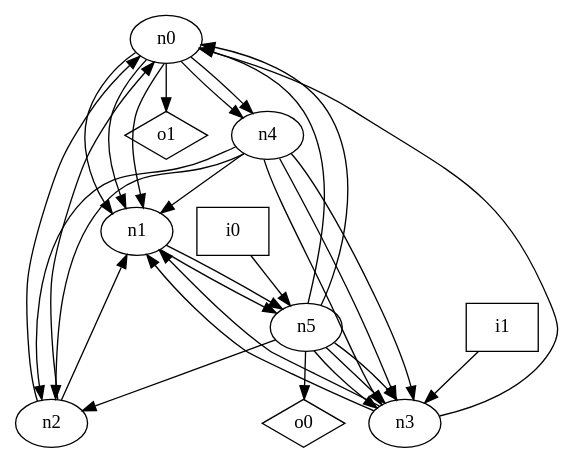
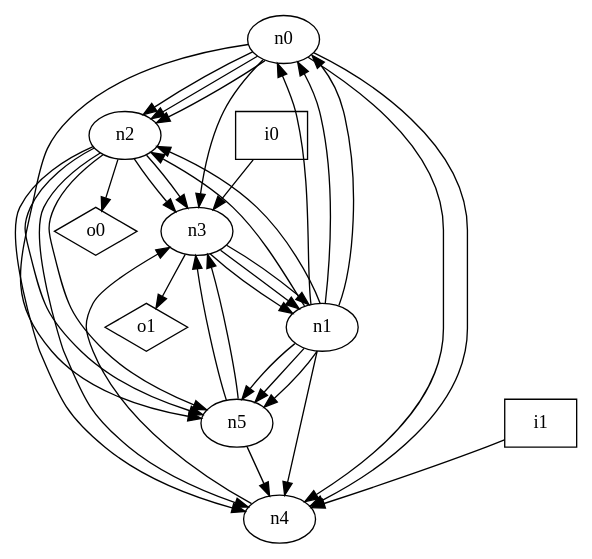
Before and after one commit to p9romain/bool-circuits: the diagram in dot_files/random/random_oriented_loop_free_graph.dot, drawn with Graphviz. The commit also changed 44 other files, not shown here.

```diff
--- a/dot_files/random/random_oriented_loop_free_graph.dot
+++ b/dot_files/random/random_oriented_loop_free_graph.dot
@@ -1,41 +1,45 @@
 digraph G {
 n0 [label="n0"];
 n1 [label="n1"];
 n2 [label="n2"];
 n3 [label="n3"];
 n4 [label="n4"];
 n5 [label="n5"];
 n6 [label="i0",shape="box"];
 n7 [label="i1",shape="box"];
 n8 [label="o0",shape="diamond"];
 n9 [label="o1",shape="diamond"];
-n0 -> n1
-n0 -> n1
-n0 -> n1
+n0 -> n2
+n0 -> n2
+n0 -> n2
+n0 -> n3
 n0 -> n4
 n0 -> n4
-n0 -> n9
+n0 -> n5
+n1 -> n0
+n1 -> n0
+n1 -> n0
+n1 -> n2
+n1 -> n2
+n1 -> n4
 n1 -> n5
 n1 -> n5
-n2 -> n0
-n2 -> n0
-n2 -> n1
-n3 -> n0
+n1 -> n5
+n2 -> n3
+n2 -> n3
+n2 -> n4
+n2 -> n4
+n2 -> n5
+n2 -> n5
+n2 -> n8
 n3 -> n1
 n3 -> n1
-n4 -> n1
-n4 -> n2
-n4 -> n2
+n3 -> n1
+n3 -> n9
 n4 -> n3
-n4 -> n3
-n4 -> n3
-n5 -> n0
-n5 -> n0
-n5 -> n2
 n5 -> n3
 n5 -> n3
-n5 -> n3
-n5 -> n8
-n6 -> n5
-n7 -> n3
+n5 -> n4
+n6 -> n3
+n7 -> n4
 }
```
